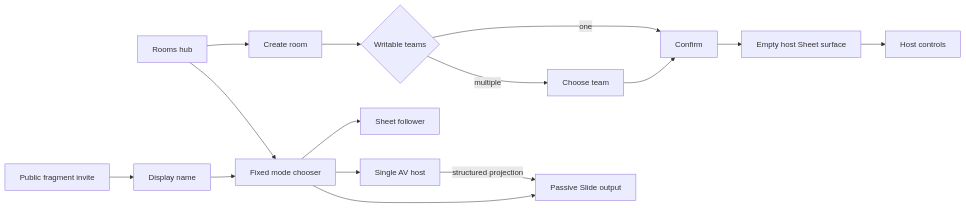
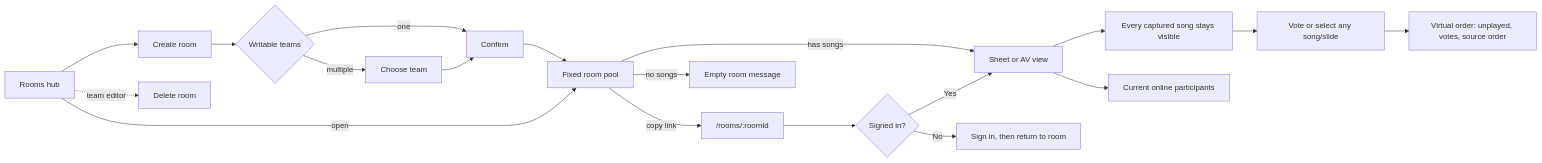
Diagram 50 of 57 in docs/architecture/frontend-user-flows.md (xilefmusics/worshipviewer), drawn with Mermaid before and after one commit. The commit also changed other lines of this file and 76 other files, not shown here.

First line of the commit message:
feat(rooms): replace room player with ordered messaging

````diff
--- a/docs/architecture/frontend-user-flows.md
+++ b/docs/architecture/frontend-user-flows.md
@@ -885,15 +885,20 @@
 ```mermaid
 flowchart LR
     list["Rooms hub"] --> create["Create room"]
     create --> teams{"Writable teams"}
     teams -->|"one"| confirm["Confirm"]
     teams -->|"multiple"| choose["Choose team"] --> confirm
-    confirm --> empty["Empty host Sheet surface"]
-    list --> chooser["Fixed mode chooser"]
-    invite["Public fragment invite"] --> name["Display name"] --> chooser
-    chooser --> sheet["Sheet follower"]
-    chooser --> av["Single AV host"]
-    chooser --> slide["Passive Slide output"]
-    empty --> host["Host controls"]
-    av -->|"structured projection"| slide
+    confirm --> room["Fixed room pool"]
+    list -->|"open"| room
+    room -->|"copy link"| link["/rooms/:roomId"]
+    room -->|"has songs"| player["Sheet or AV view"]
+    link --> signedIn{"Signed in?"}
+    signedIn -->|"No"| login["Sign in, then return to room"]
+    signedIn -->|"Yes"| player
+    player --> queue["Every captured song stays visible"]
+    queue --> vote["Vote or select any song/slide"]
+    vote --> ranking["Virtual order: unplayed, votes, source order"]
+    player --> presence["Current online participants"]
+    list -.->|"team editor"| delete["Delete room"]
+    room -->|"no songs"| empty["Empty room message"]
 ```
````
